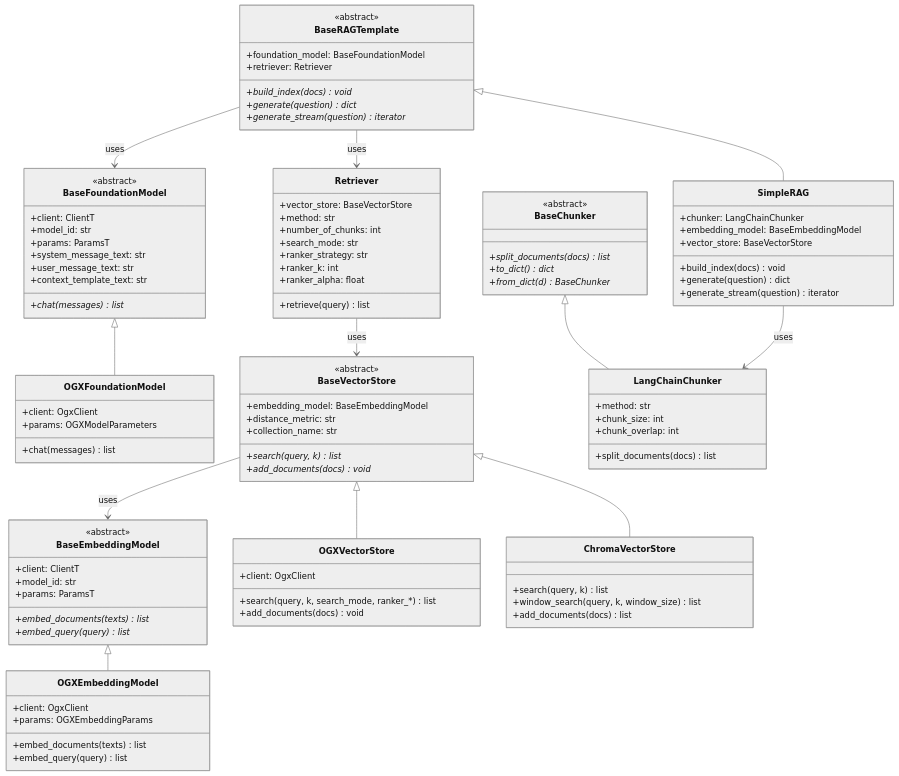
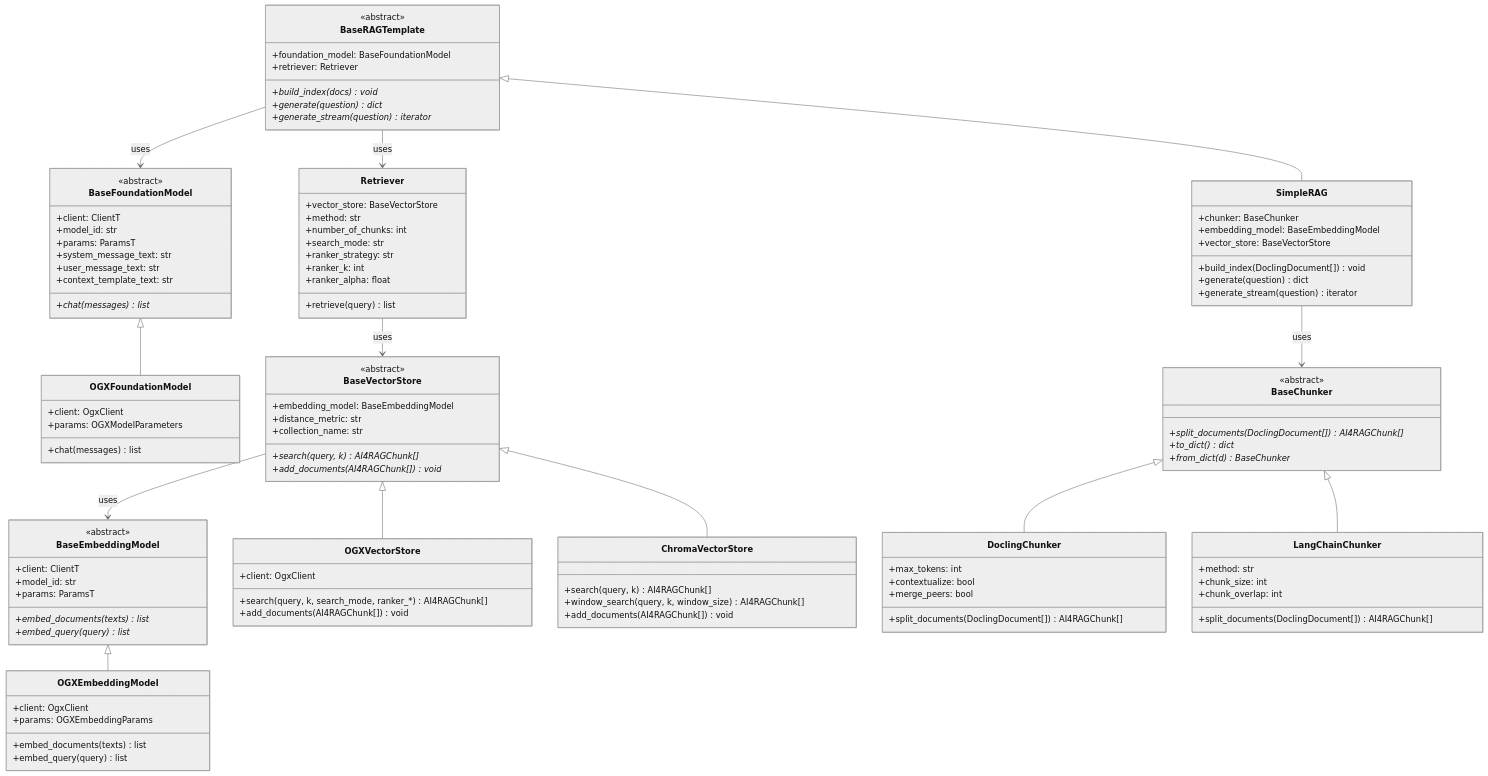
Before and after one commit to IBM/ai4rag: the diagram in docs/architecture/rag-components.md, drawn with Mermaid (neutral theme). The commit also changed other lines of this file and 8 other files, not shown here.

````diff
--- a/docs/architecture/rag-components.md
+++ b/docs/architecture/rag-components.md
@@ -46,34 +46,41 @@
         +embedding_model: BaseEmbeddingModel
         +distance_metric: str
         +collection_name: str
-        +search(query, k)* list
-        +add_documents(docs)* void
+        +search(query, k)* AI4RAGChunk[]
+        +add_documents(AI4RAGChunk[])* void
     }
 
     class OGXVectorStore {
         +client: OgxClient
-        +search(query, k, search_mode, ranker_*) list
-        +add_documents(docs) void
+        +search(query, k, search_mode, ranker_*) AI4RAGChunk[]
+        +add_documents(AI4RAGChunk[]) void
     }
 
     class ChromaVectorStore {
-        +search(query, k) list
-        +window_search(query, k, window_size) list
-        +add_documents(docs) list
+        +search(query, k) AI4RAGChunk[]
+        +window_search(query, k, window_size) AI4RAGChunk[]
+        +add_documents(AI4RAGChunk[]) void
     }
 
     class BaseChunker {
         <<abstract>>
-        +split_documents(docs)* list
+        +split_documents(DoclingDocument[])* AI4RAGChunk[]
         +to_dict()* dict
         +from_dict(d)* BaseChunker
+    }
+
+    class DoclingChunker {
+        +max_tokens: int
+        +contextualize: bool
+        +merge_peers: bool
+        +split_documents(DoclingDocument[]) AI4RAGChunk[]
     }
 
     class LangChainChunker {
         +method: str
         +chunk_size: int
         +chunk_overlap: int
-        +split_documents(docs) list
+        +split_documents(DoclingDocument[]) AI4RAGChunk[]
     }
 
     class Retriever {
@@ -97,10 +104,10 @@
     }
 
     class SimpleRAG {
-        +chunker: LangChainChunker
+        +chunker: BaseChunker
         +embedding_model: BaseEmbeddingModel
         +vector_store: BaseVectorStore
-        +build_index(docs) void
+        +build_index(DoclingDocument[]) void
         +generate(question) dict
         +generate_stream(question) iterator
     }
@@ -109,6 +116,7 @@
     BaseEmbeddingModel <|-- OGXEmbeddingModel
     BaseVectorStore <|-- OGXVectorStore
     BaseVectorStore <|-- ChromaVectorStore
+    BaseChunker <|-- DoclingChunker
     BaseChunker <|-- LangChainChunker
     BaseRAGTemplate <|-- SimpleRAG
 
@@ -116,5 +124,5 @@
     Retriever --> BaseVectorStore : uses
     BaseRAGTemplate --> BaseFoundationModel : uses
     BaseRAGTemplate --> Retriever : uses
-    SimpleRAG --> LangChainChunker : uses
+    SimpleRAG --> BaseChunker : uses
 ```
````
